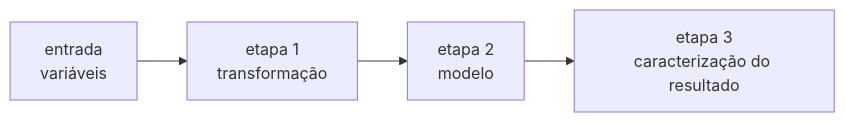
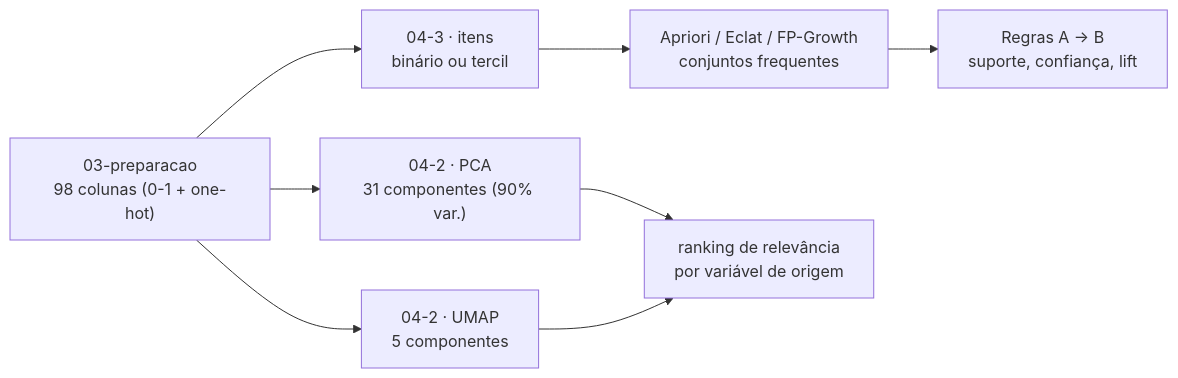
The diagram in docs/modelagem.md (PauloEverton05/Turismo-e-hotelaria), drawn with Mermaid before and after one commit. The commit also changed other lines of this file and 7 other files, not shown here.

````diff
--- a/docs/modelagem.md
+++ b/docs/modelagem.md
@@ -68,6 +59,10 @@
 ```mermaid
 flowchart LR
-    A["entrada<br/>variáveis"] --> B["etapa 1<br/>transformação"]
-    B --> C["etapa 2<br/>modelo"]
-    C --> D["etapa 3<br/>caracterização do resultado"]
+    A["03-preparacao<br/>98 colunas (0-1 + one-hot)"] --> B["04-2 · PCA<br/>31 componentes (90% var.)"]
+    A --> C["04-2 · UMAP<br/>5 componentes"]
+    A --> D["04-3 · itens<br/>binário ou tercil"]
+    D --> E["Apriori / Eclat / FP-Growth<br/>conjuntos frequentes"]
+    E --> F["Regras A → B<br/>suporte, confiança, lift"]
+    B --> G["ranking de relevância<br/>por variável de origem"]
+    C --> G
 ```
````
